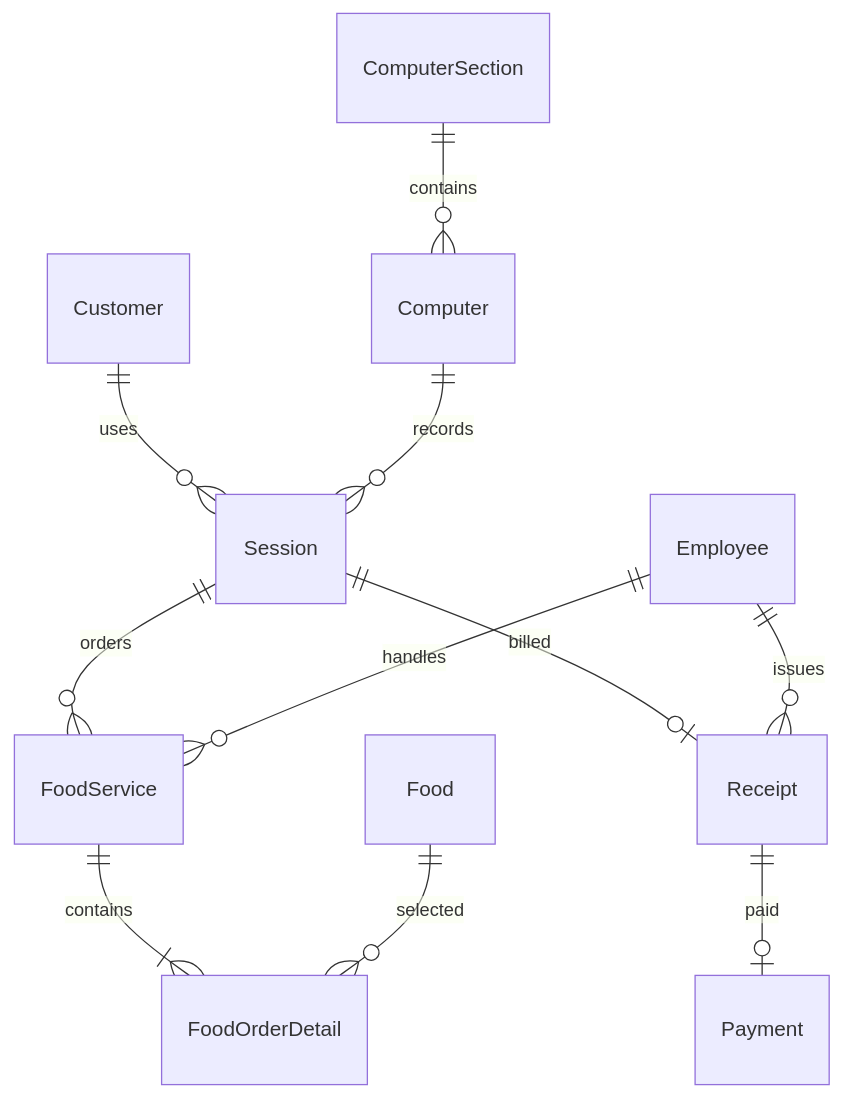
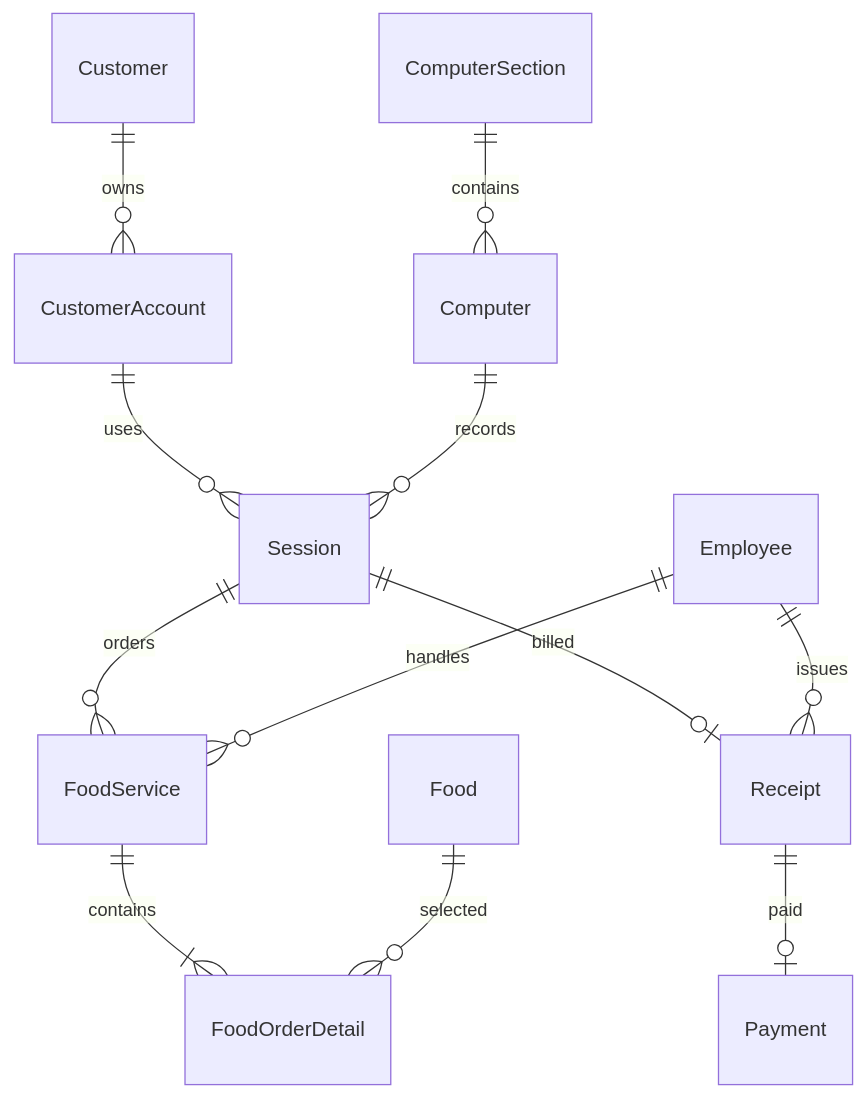
The second of 3 diagrams in TONG_QUAN_VA_DANH_GIA_PROJECT.md (Khanshs/netMIS), drawn with Mermaid before and after one commit. The commit also changed other lines of this file and 22 other files, not shown here.

````diff
--- a/TONG_QUAN_VA_DANH_GIA_PROJECT.md
+++ b/TONG_QUAN_VA_DANH_GIA_PROJECT.md
@@ -169,13 +173,14 @@
 ```mermaid
 erDiagram
     ComputerSection ||--o{ Computer : contains
-    Customer ||--o{ Session : uses
+    Customer ||--o{ CustomerAccount : owns
+    CustomerAccount ||--o{ Session : uses
     Computer ||--o{ Session : records
     Session ||--o{ FoodService : orders
     Employee ||--o{ FoodService : handles
     FoodService ||--|{ FoodOrderDetail : contains
     Food ||--o{ FoodOrderDetail : selected
     Session ||--o| Receipt : billed
     Employee ||--o{ Receipt : issues
     Receipt ||--o| Payment : paid
 ```
````
